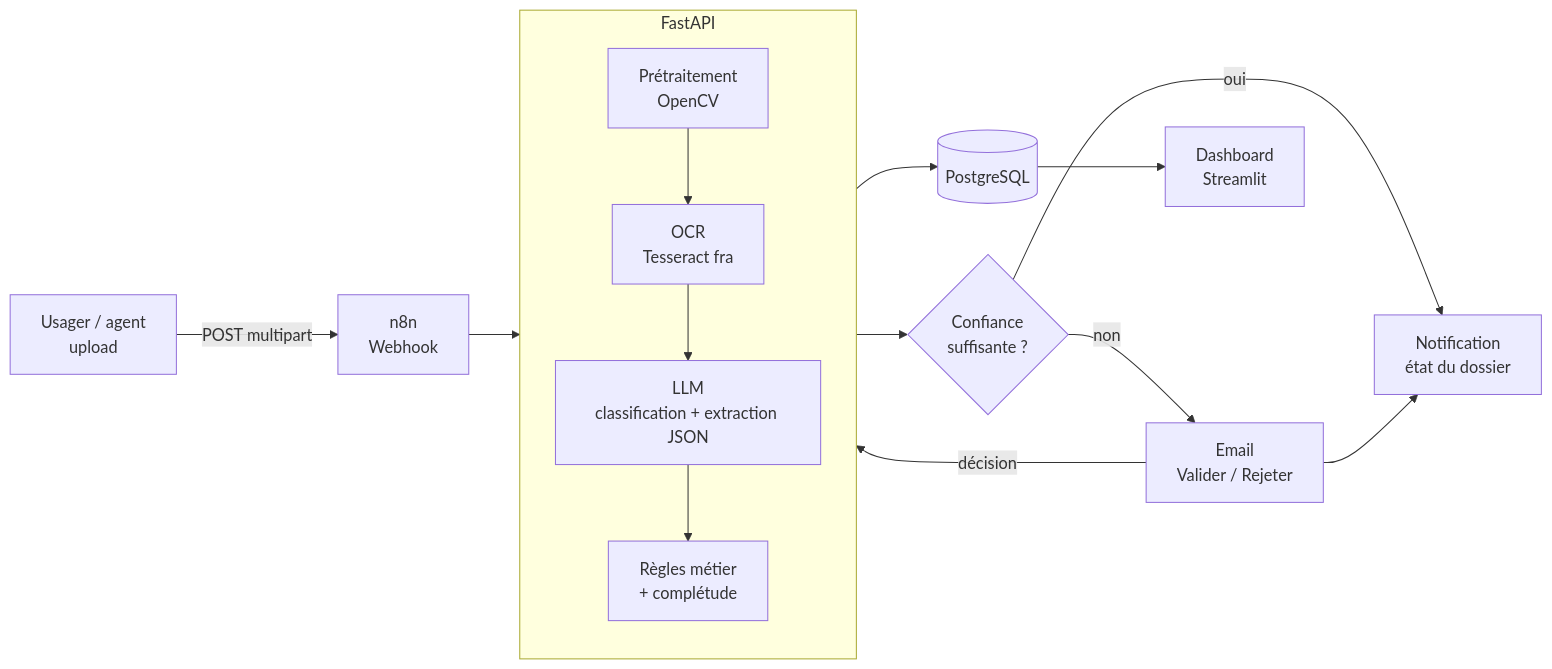
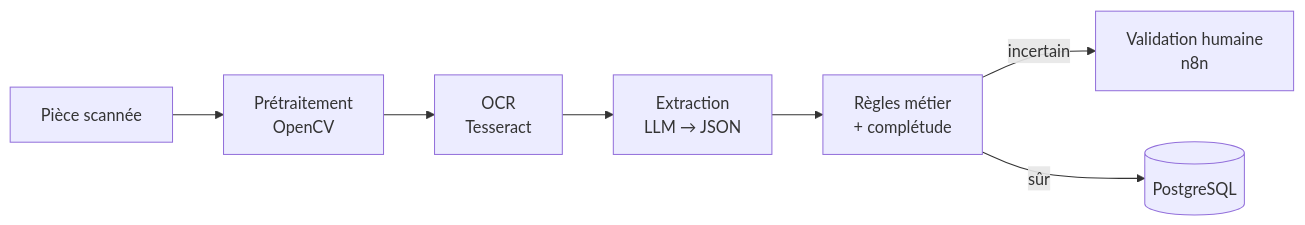
One commit to adkebaily/agent-dossiers-administratifs changed the diagram in README.md. Above: the diagram before and after it, drawn with Mermaid. The commit also changed other lines of this file and 3 other files, not shown here.

````diff
--- a/README.md
+++ b/README.md
@@ -17,17 +24,9 @@
 ```mermaid
 flowchart LR
-    U[Usager / agent<br>upload] -->|POST multipart| W[n8n<br>Webhook]
-    W --> API
-    subgraph API[FastAPI]
-        P[Prétraitement<br>OpenCV] --> O[OCR<br>Tesseract fra]
-        O --> L[LLM<br>classification + extraction JSON]
-        L --> R[Règles métier<br>+ complétude]
-    end
-    API --> DB[(PostgreSQL)]
-    API --> D{Confiance<br>suffisante ?}
-    D -- non --> H[Email<br>Valider / Rejeter]
-    H -->|décision| API
-    D -- oui --> N[Notification<br>état du dossier]
-    H --> N
-    DB --> S[Dashboard<br>Streamlit]
+    A[Pièce scannée] --> B[Prétraitement<br>OpenCV]
+    B --> C[OCR<br>Tesseract]
+    C --> D[Extraction<br>LLM → JSON]
+    D --> E[Règles métier<br>+ complétude]
+    E -->|incertain| F[Validation humaine<br>n8n]
+    E -->|sûr| G[(PostgreSQL)]
 ```
````
